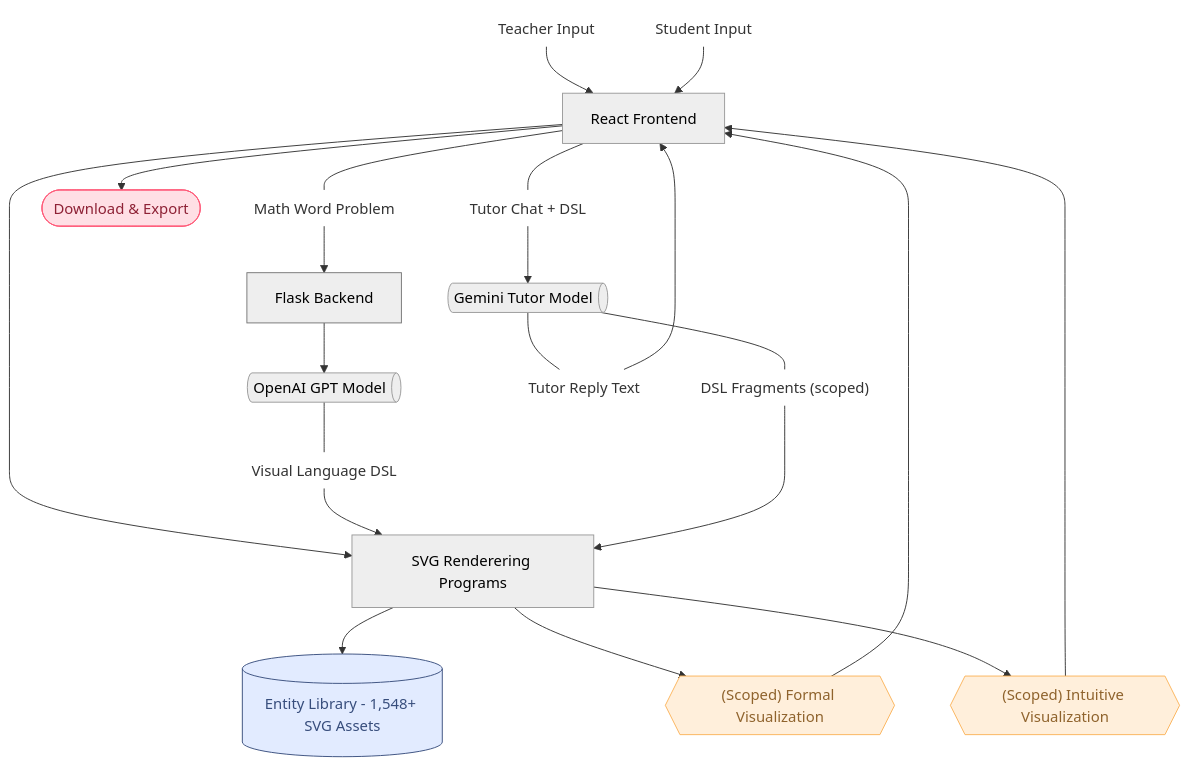
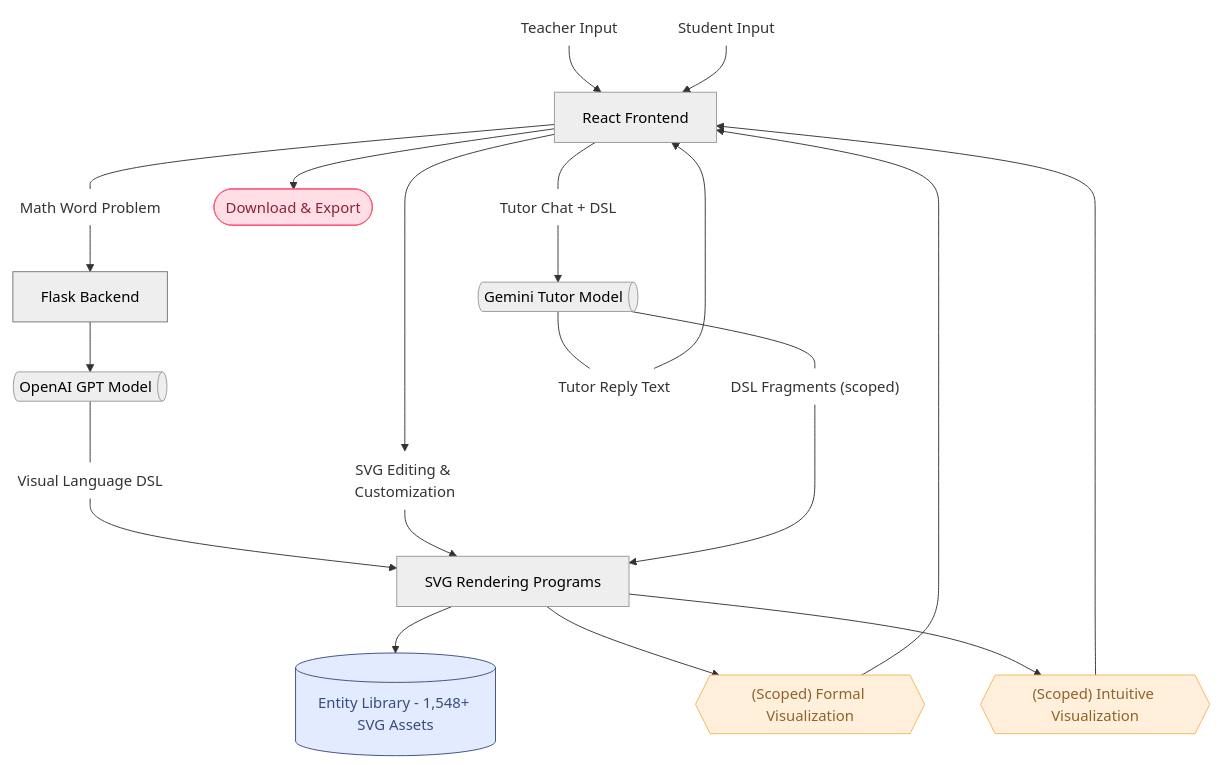
The diagram in README.md (7i6ht/math2visual), drawn with Mermaid before and after one commit.

Commit message:
Update README.md to enhance flowchart by correcting SVG rendering terminology and adding a new node for SVG editing and customization

````diff
--- a/README.md
+++ b/README.md
@@ -65,54 +65,56 @@
 ```mermaid
 flowchart TD
     %% Teacher mode (visual generation)
     A["Teacher Input"] --> B["React Frontend"]
     B --- C["Math Word Problem"]
     B --> K["Download & Export"]
-    B --> G["SVG Editing & Customization"]
+    B --> Y["SVG Editing & Customization"]
     C --> D["Flask Backend"]
     D --> E["OpenAI GPT Model"]
     E --- F["Visual Language DSL"]
-    F --> G["SVG Renderering Programs"]
+    F --> G["SVG Rendering Programs"]
     G --> H["Entity Library - 1,548+ SVG Assets"] & I["(Scoped) Formal Visualization"] & J["(Scoped) Intuitive Visualization"]
     I --> B
     J --> B
+    Y --> G
 
     %% Student mode (AI tutor using generated visuals)
     S["Student Input"] --> B
     B --- T["Tutor Chat + DSL"]
     T --> M["Gemini Tutor Model"]
     M --- N["DSL Fragments (scoped)"]
     M --- P["Tutor Reply Text"]
     P --> B
     N --> G
 
     A@{ shape: text}
     S@{ shape: text}
     C@{ shape: text}
     T@{ shape: text}
     P@{ shape: text}
     K@{ shape: terminal}
     E@{ shape: h-cyl}
     M@{ shape: h-cyl}
     F@{ shape: text}
     N@{ shape: text}
     H@{ shape: cyl}
     I@{ shape: hex}
     J@{ shape: hex}
+    Y@{ shape: text}
      B:::Peach
      B:::Ash
      K:::Rose
      D:::Ash
      E:::Ash
      G:::Ash
      H:::Sky
      I:::Peach
      J:::Peach
      M:::Ash
     classDef Sky stroke-width:1px, stroke-dasharray:none, stroke:#374D7C, fill:#E2EBFF, color:#374D7C
     classDef Peach stroke-width:1px, stroke-dasharray:none, stroke:#FBB35A, fill:#FFEFDB, color:#8F632D
     classDef Rose stroke-width:1px, stroke-dasharray:none, stroke:#FF5978, fill:#FFDFE5, color:#8E2236
     classDef Class_01 fill:#FFF9C4
     classDef Ash stroke-width:1px, stroke-dasharray:none, stroke:#999999, fill:#EEEEEE, color:#000000
     style D stroke:#757575
 ```
````
